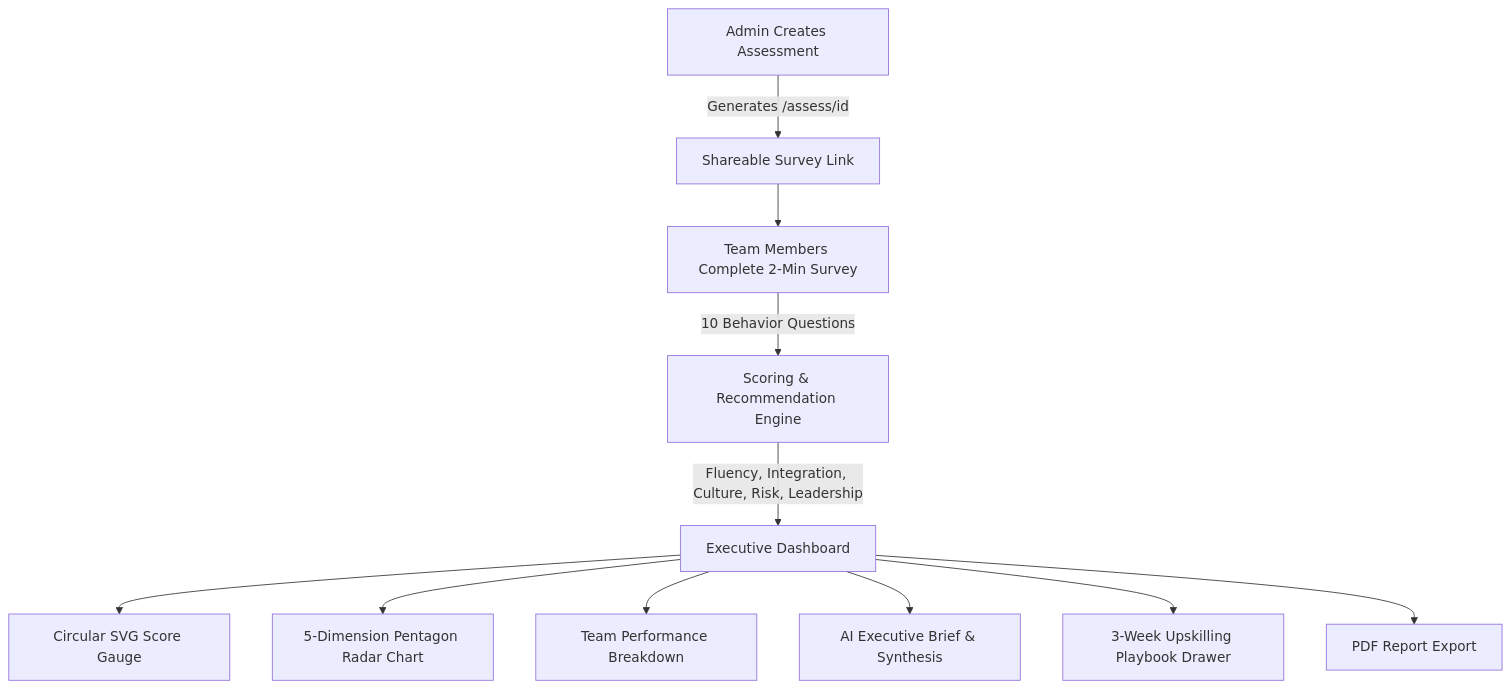
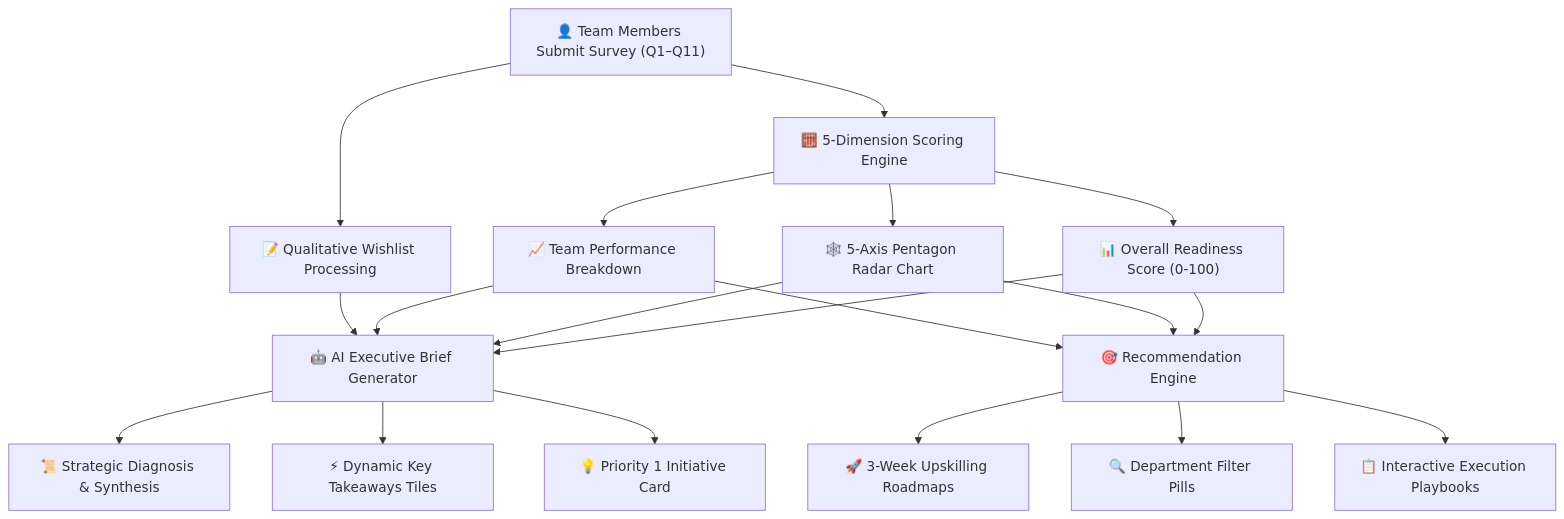
One commit to NTRajapaksha/ai-readiness changed the first of 2 diagrams in README.md. Above: the diagram before and after it, drawn with Mermaid. The commit also changed other lines of this file and 1 other file, not shown here.

Commit message:
feat: add interactive Key Phrase Topic Cloud view switcher with sentiment intent tags to Qualitative Feedback section

````diff
--- a/README.md
+++ b/README.md
@@ -29,13 +29,20 @@
 ```mermaid
 flowchart TD
-    A[Admin Creates Assessment] -->|Generates /assess/id| B[Shareable Survey Link]
-    B --> C[Team Members Complete 2-Min Survey]
-    C -->|10 Behavior Questions| D[Scoring & Recommendation Engine]
-    D -->|Fluency, Integration, Culture, Risk, Leadership| E[Executive Dashboard]
-    E --> F[Circular SVG Score Gauge]
-    E --> G[5-Dimension Pentagon Radar Chart]
-    E --> H[Team Performance Breakdown]
-    E --> I[AI Executive Brief & Synthesis]
-    E --> J[3-Week Upskilling Playbook Drawer]
-    E --> K[PDF Report Export]
+    A["👤 Team Members Submit Survey (Q1–Q11)"] --> B["🧮 5-Dimension Scoring Engine"]
+    B --> C1["📊 Overall Readiness Score (0-100)"]
+    B --> C2["🕸️ 5-Axis Pentagon Radar Chart"]
+    B --> C3["📈 Team Performance Breakdown"]
+    
+    A --> D["📝 Qualitative Wishlist Processing"]
+    
+    C1 & C2 & C3 & D --> E["🤖 AI Executive Brief Generator"]
+    C1 & C2 & C3 --> F["🎯 Recommendation Engine"]
+    
+    E --> G1["📜 Strategic Diagnosis & Synthesis"]
+    E --> G2["⚡ Dynamic Key Takeaways Tiles"]
+    E --> G3["💡 Priority 1 Initiative Card"]
+    
+    F --> H1["🚀 3-Week Upskilling Roadmaps"]
+    F --> H2["🔍 Department Filter Pills"]
+    F --> H3["📋 Interactive Execution Playbooks"]
 ```
````
